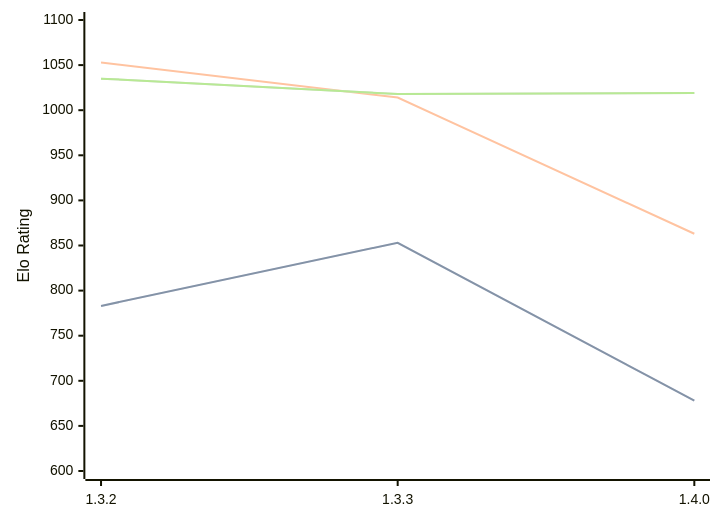
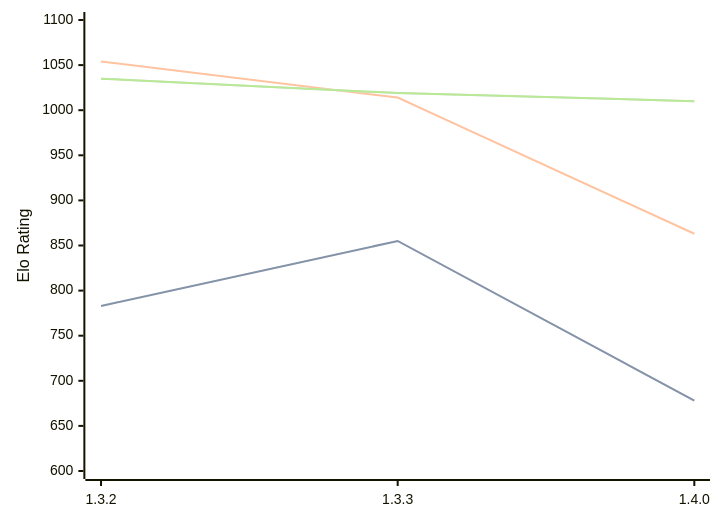
Before and after one commit to computer-chess-index/cci: the diagram in engines/Whitespine.md, drawn with Mermaid. The commit also changed other lines of this file, not shown here.

Commit message:
Update CCI Ratings (ELO VLTC) - 2026-08-01

````diff
--- a/engines/Whitespine.md
+++ b/engines/Whitespine.md
@@ -36,11 +36,11 @@
 ```mermaid
 %%{init: {"theme":"base","themeVariables":{"seriesColors:['#a3a3a3','#222221','#faa371']}}}%%
 xychart-beta
   x-axis ["1.3.2", "1.3.3", "1.4.0"]
   y-axis "Elo Rating" 600 --> 1100
-  line "STC (8.0+0.08s)" [783, 853, 678]
-  line "STC (8.0+0.08s)" [783, 853, 678]
-  line "LTC (60.0+0.60s)" [1053, 1014, 863]
-  line "VLTC (2m24s+1.12s)" [1035, 1018, 1019]
-  line "VLTC (2m24s+1.12s)" [1035, 1018, 1019]
+  line "STC (8.0+0.08s)" [783, 855, 678]
+  line "STC (8.0+0.08s)" [783, 855, 678]
+  line "LTC (60.0+0.60s)" [1054, 1014, 863]
+  line "VLTC (2m24s+1.12s)" [1035, 1019, 1010]
+  line "VLTC (2m24s+1.12s)" [1035, 1019, 1010]
 ```
````
